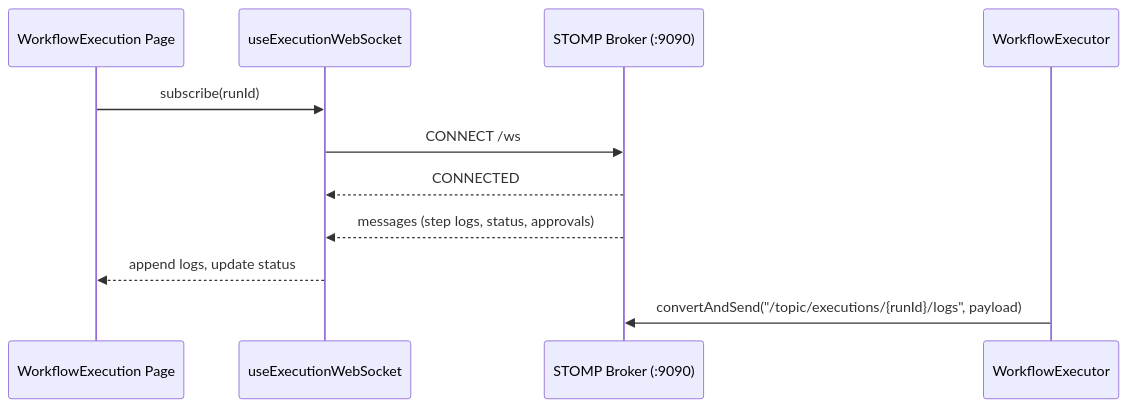
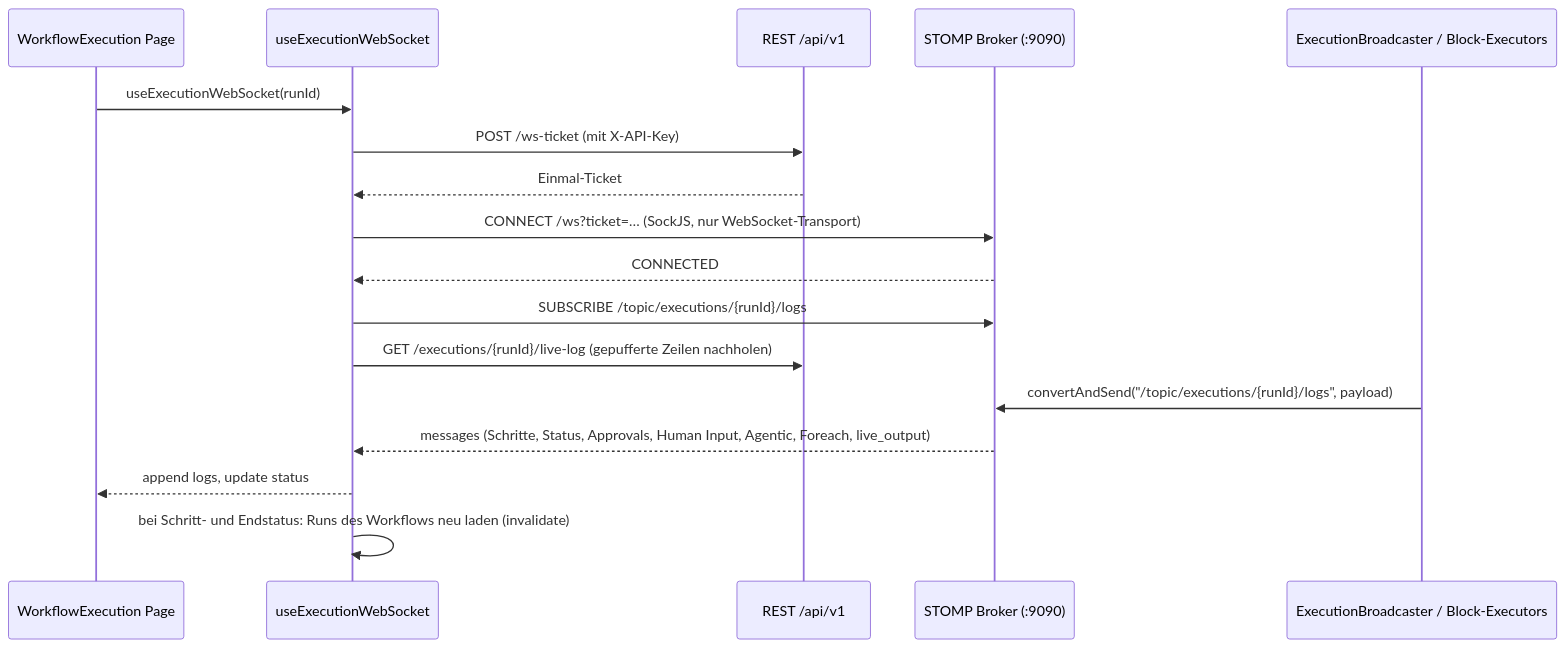
Before and after one commit to FLSEST/MySuricates: the third of 3 diagrams in docs/frontend-flow-diagrams.md, drawn with Mermaid. The commit also changed other lines of this file and 4 other files, not shown here.

First line of the commit message:
docs(diagramme): Frontend page shows all routes, stores, invalidation and WebSocket ticket

````diff
--- a/docs/frontend-flow-diagrams.md
+++ b/docs/frontend-flow-diagrams.md
@@ -75,14 +93,20 @@
 ```mermaid
 sequenceDiagram
     participant UI as WorkflowExecution Page
     participant WS as useExecutionWebSocket
+    participant API as REST /api/v1
     participant ST as STOMP Broker (:9090)
-    participant BE as WorkflowExecutor
+    participant BE as ExecutionBroadcaster / Block-Executors
 
-    UI->>WS: subscribe(runId)
-    WS->>ST: CONNECT /ws
+    UI->>WS: useExecutionWebSocket(runId)
+    WS->>API: POST /ws-ticket (mit X-API-Key)
+    API-->>WS: Einmal-Ticket
+    WS->>ST: CONNECT /ws?ticket=… (SockJS, nur WebSocket-Transport)
     ST-->>WS: CONNECTED
-    ST-->>WS: messages (step logs, status, approvals)
+    WS->>ST: SUBSCRIBE /topic/executions/{runId}/logs
+    WS->>API: GET /executions/{runId}/live-log (gepufferte Zeilen nachholen)
+    BE->>ST: convertAndSend("/topic/executions/{runId}/logs", payload)
+    ST-->>WS: messages (Schritte, Status, Approvals, Human Input, Agentic, Foreach, live_output)
     WS-->>UI: append logs, update status
-    BE->>ST: convertAndSend("/topic/executions/{runId}/logs", payload)
+    WS->>WS: bei Schritt- und Endstatus: Runs des Workflows neu laden (invalidate)
 ```
````
